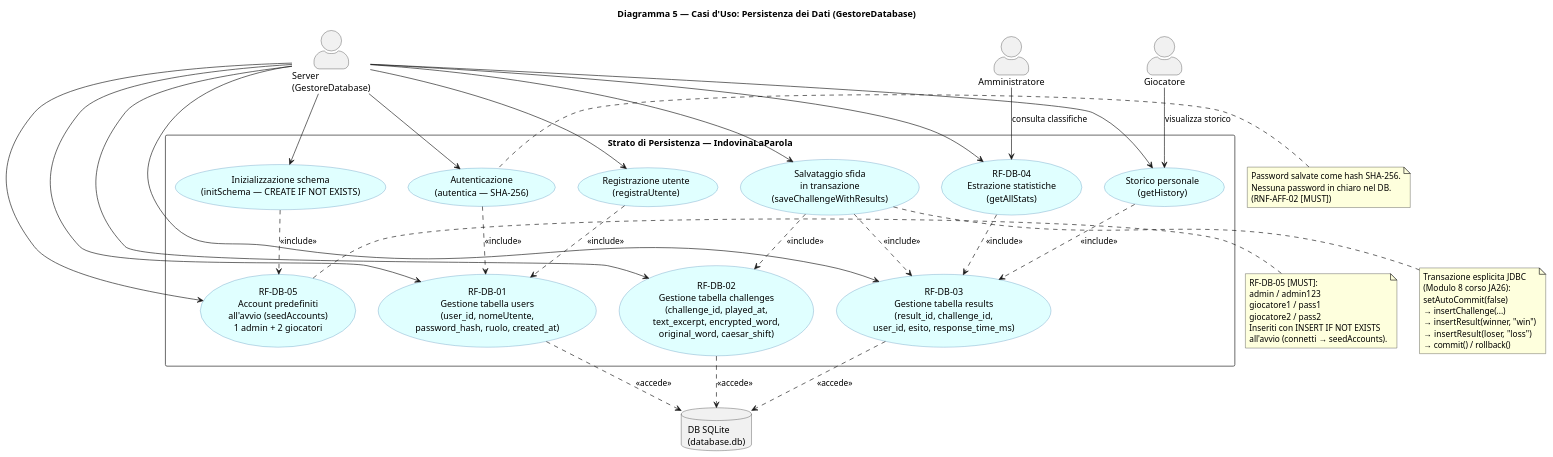
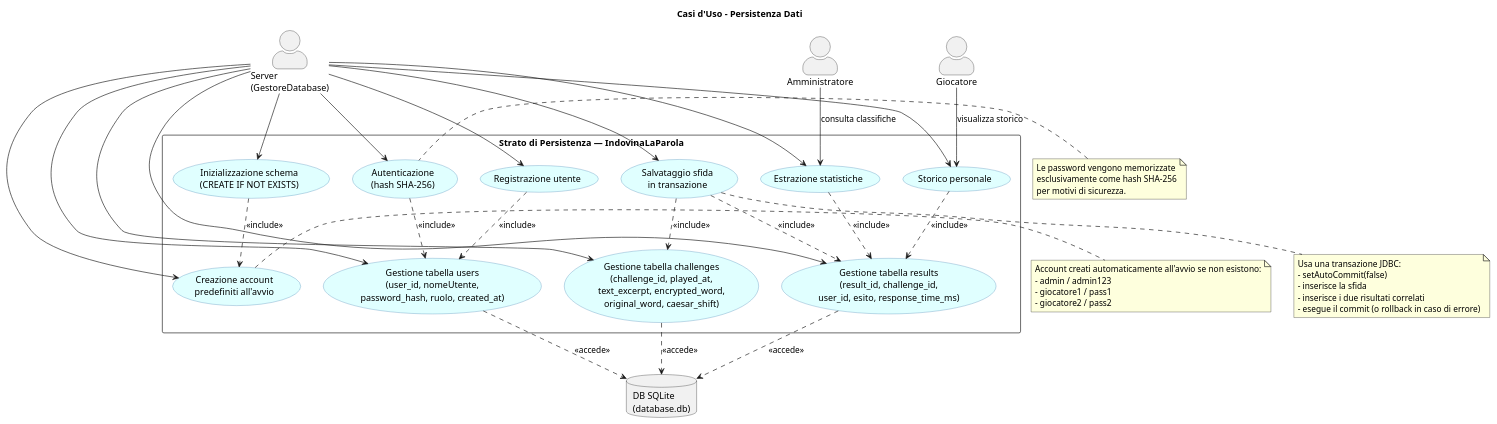
The diagram in Documenti/Diagrammi/UC_05_Persistenza.puml (Michele-Pio-Russo/Progetto_Java_Avanzata_Gruppo_2), drawn with PlantUML before and after one commit. The commit also changed 16 other files, not shown here.

```diff
--- a/Documenti/Diagrammi/UC_05_Persistenza.puml
+++ b/Documenti/Diagrammi/UC_05_Persistenza.puml
@@ -1,90 +1,86 @@
 @startuml UC_05_Persistenza
 skinparam actorStyle awesome
 skinparam packageStyle rectangle
 skinparam usecase {
   BackgroundColor LightCyan
   BorderColor SteelBlue
 }
 
-title Diagramma 5 — Casi d'Uso: Persistenza dei Dati (GestoreDatabase)
+title Casi d'Uso - Persistenza Dati
 
 actor "Server\n(GestoreDatabase)" as Server
 actor "Amministratore" as Admin
 actor "Giocatore" as Player
 database "DB SQLite\n(database.db)" as DB
 
 rectangle "Strato di Persistenza — IndovinaLaParola" {
 
-  usecase "RF-DB-01\nGestione tabella users\n(user_id, nomeUtente,\npassword_hash, ruolo, created_at)" as DB_Users
+  usecase "Gestione tabella users\n(user_id, nomeUtente,\npassword_hash, ruolo, created_at)" as DB_Users
 
-  usecase "RF-DB-02\nGestione tabella challenges\n(challenge_id, played_at,\ntext_excerpt, encrypted_word,\noriginal_word, caesar_shift)" as DB_Chall
+  usecase "Gestione tabella challenges\n(challenge_id, played_at,\ntext_excerpt, encrypted_word,\noriginal_word, caesar_shift)" as DB_Chall
 
-  usecase "RF-DB-03\nGestione tabella results\n(result_id, challenge_id,\nuser_id, esito, response_time_ms)" as DB_Res
+  usecase "Gestione tabella results\n(result_id, challenge_id,\nuser_id, esito, response_time_ms)" as DB_Res
 
-  usecase "RF-DB-04\nEstrazione statistiche\n(getAllStats)" as DB_Stats
+  usecase "Estrazione statistiche" as DB_Stats
 
-  usecase "RF-DB-05\nAccount predefiniti\nall'avvio (seedAccounts)\n1 admin + 2 giocatori" as DB_Seed
+  usecase "Creazione account\npredefiniti all'avvio" as DB_Seed
 
-  usecase "Inizializzazione schema\n(initSchema — CREATE IF NOT EXISTS)" as DB_Init
+  usecase "Inizializzazione schema\n(CREATE IF NOT EXISTS)" as DB_Init
 
-  usecase "Autenticazione\n(autentica — SHA-256)" as DB_Auth
+  usecase "Autenticazione\n(hash SHA-256)" as DB_Auth
 
-  usecase "Registrazione utente\n(registraUtente)" as DB_RegU
+  usecase "Registrazione utente" as DB_RegU
 
-  usecase "Salvataggio sfida\nin transazione\n(saveChallengeWithResults)" as DB_SaveG
+  usecase "Salvataggio sfida\nin transazione" as DB_SaveG
 
-  usecase "Storico personale\n(getHistory)" as DB_Hist
+  usecase "Storico personale" as DB_Hist
 }
 
 Server --> DB_Init
 Server --> DB_Users
 Server --> DB_Chall
 Server --> DB_Res
 Server --> DB_Stats
 Server --> DB_Seed
 Server --> DB_Auth
 Server --> DB_RegU
 Server --> DB_SaveG
 Server --> DB_Hist
 
 Admin  --> DB_Stats : consulta classifiche
 Player --> DB_Hist  : visualizza storico
 
 DB_Init   ..> DB_Seed  : <<include>>
 DB_Auth   ..> DB_Users : <<include>>
 DB_RegU   ..> DB_Users : <<include>>
 DB_SaveG  ..> DB_Chall : <<include>>
 DB_SaveG  ..> DB_Res   : <<include>>
 DB_Stats  ..> DB_Res   : <<include>>
 DB_Hist   ..> DB_Res   : <<include>>
 
 DB_Users ..> DB : <<accede>>
 DB_Chall ..> DB : <<accede>>
 DB_Res   ..> DB : <<accede>>
 
 note right of DB_Seed
-  RF-DB-05 [MUST]:
-  admin / admin123
-  giocatore1 / pass1
-  giocatore2 / pass2
-  Inseriti con INSERT IF NOT EXISTS
-  all'avvio (connetti → seedAccounts).
+  Account creati automaticamente all'avvio se non esistono:
+  - admin / admin123
+  - giocatore1 / pass1
+  - giocatore2 / pass2
 end note
 
 note bottom of DB_SaveG
-  Transazione esplicita JDBC
-  (Modulo 8 corso JA26):
-  setAutoCommit(false)
-  → insertChallenge(...)
-  → insertResult(winner, "win")
-  → insertResult(loser,  "loss")
-  → commit() / rollback()
+  Usa una transazione JDBC:
+  - setAutoCommit(false)
+  - inserisce la sfida
+  - inserisce i due risultati correlati
+  - esegue il commit (o rollback in caso di errore)
 end note
 
 note left of DB_Auth
-  Password salvate come hash SHA-256.
-  Nessuna password in chiaro nel DB.
-  (RNF-AFF-02 [MUST])
+  Le password vengono memorizzate
+  esclusivamente come hash SHA-256
+  per motivi di sicurezza.
 end note
 
 @enduml
```
